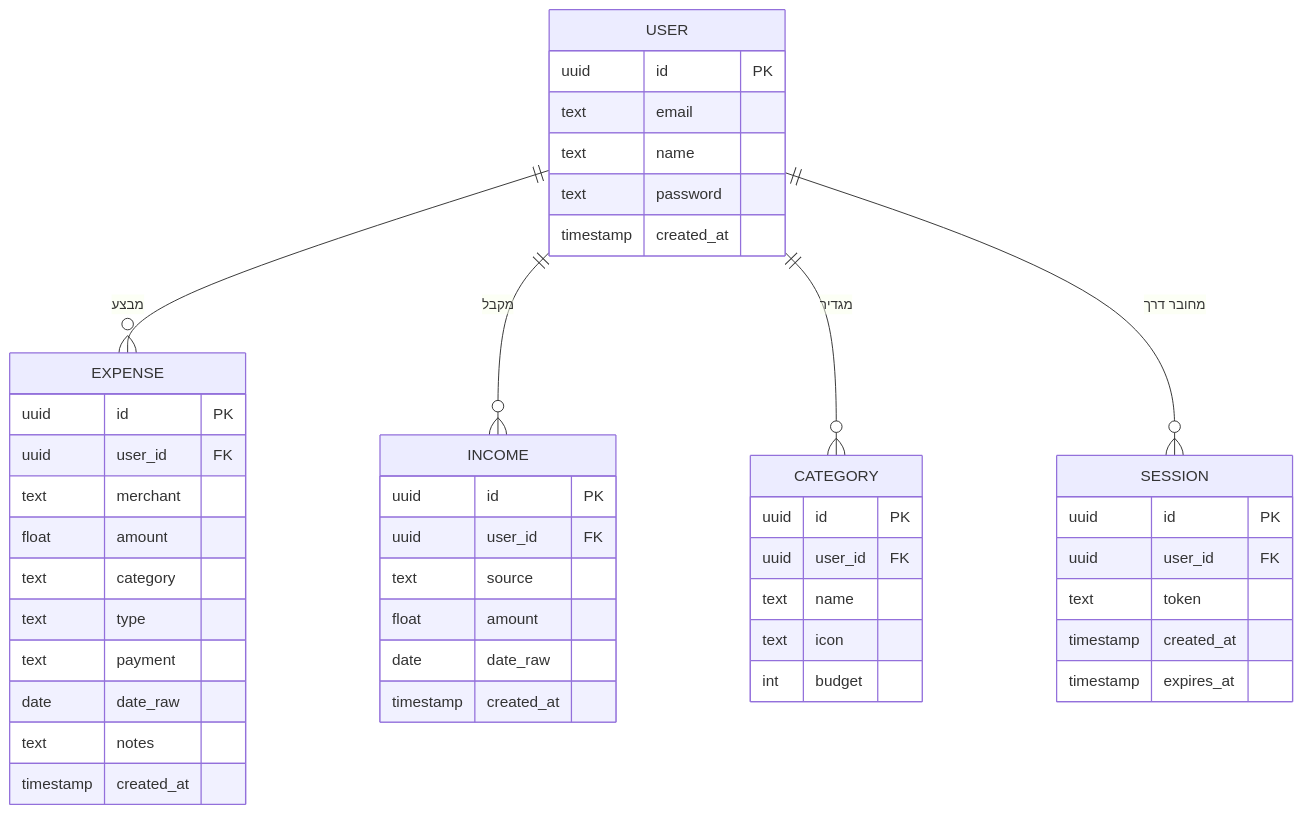
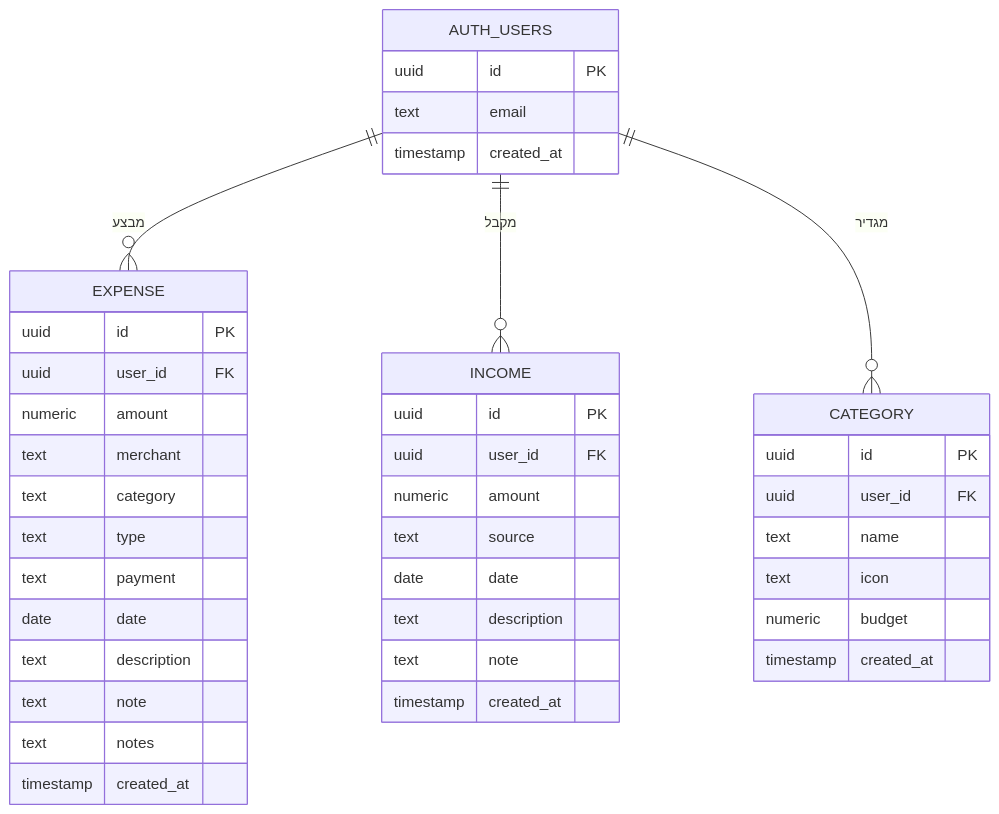
Before and after one commit to Shiramoss/trackit-expense-app: the diagram in ERD.md, drawn with Mermaid. The commit also changed other lines of this file, not shown here.

Commit message:
fix: update ERD to reflect actual Supabase schema
- Replace USER/SESSION with auth.users (Supabase Auth)
- Fix field names: date_raw -> date, float -> numeric
- Add missing fields: description, note in expenses/income
- Add missing created_at to categories
- Update implementation notes to reflect PostgreSQL/Supabase

````diff
--- a/ERD.md
+++ b/ERD.md
@@ -5,49 +5,44 @@
 ```mermaid
 erDiagram
-  USER {
+  AUTH_USERS {
     uuid id PK
     text email
-    text name
-    text password
     timestamp created_at
   }
   EXPENSE {
     uuid id PK
     uuid user_id FK
+    numeric amount
     text merchant
-    float amount
     text category
     text type
     text payment
-    date date_raw
+    date date
+    text description
+    text note
     text notes
     timestamp created_at
   }
   INCOME {
     uuid id PK
     uuid user_id FK
+    numeric amount
     text source
-    float amount
-    date date_raw
+    date date
+    text description
+    text note
     timestamp created_at
   }
   CATEGORY {
     uuid id PK
     uuid user_id FK
     text name
     text icon
-    int budget
-  }
-  SESSION {
-    uuid id PK
-    uuid user_id FK
-    text token
+    numeric budget
     timestamp created_at
-    timestamp expires_at
   }
 
-  USER ||--o{ EXPENSE   : "מבצע"
-  USER ||--o{ INCOME    : "מקבל"
-  USER ||--o{ CATEGORY  : "מגדיר"
-  USER ||--o{ SESSION   : "מחובר דרך"
+  AUTH_USERS ||--o{ EXPENSE   : "מבצע"
+  AUTH_USERS ||--o{ INCOME    : "מקבל"
+  AUTH_USERS ||--o{ CATEGORY  : "מגדיר"
 ```
````
